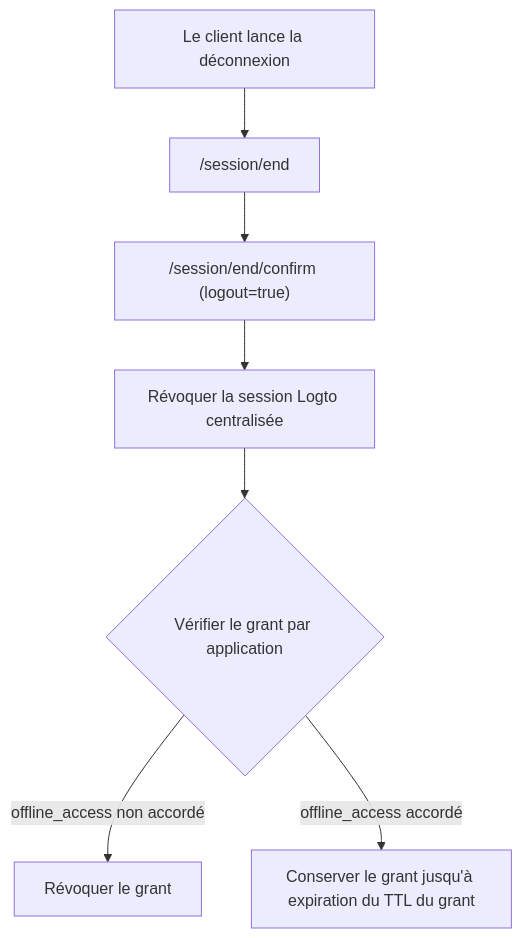
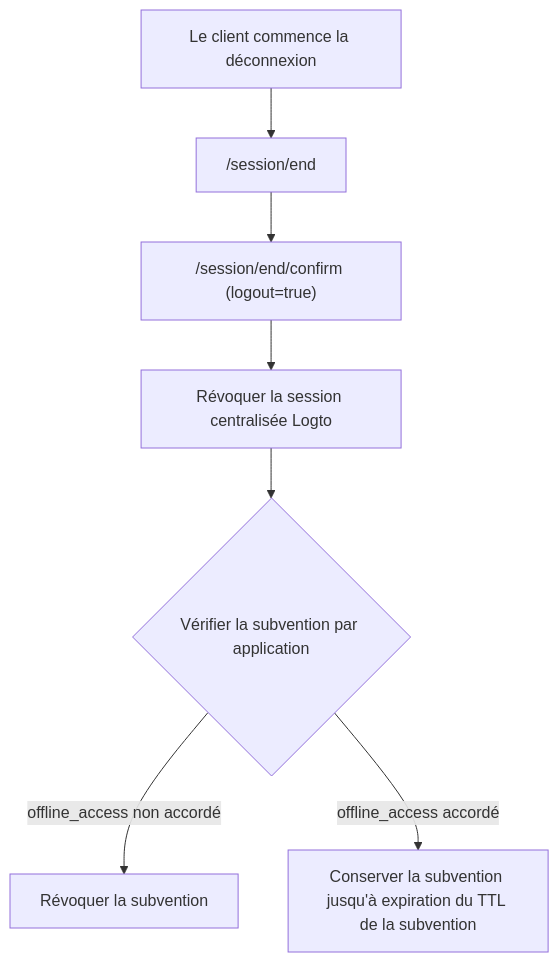
Before and after one commit to logto-io/docs: the diagram in i18n/fr/docusaurus-plugin-content-docs/current/end-user-flows/sign-out.mdx, drawn with Mermaid. The commit also changed other lines of this file and 102 other files, not shown here.

````diff
--- a/i18n/fr/docusaurus-plugin-content-docs/current/end-user-flows/sign-out.mdx
+++ b/i18n/fr/docusaurus-plugin-content-docs/current/end-user-flows/sign-out.mdx
@@ -179,9 +45,9 @@
 ```mermaid
 flowchart TD
-  A["Le client lance la déconnexion"] --> B["/session/end"]
+  A["Le client commence la déconnexion"] --> B["/session/end"]
   B --> C["/session/end/confirm (logout=true)"]
-  C --> D["Révoquer la session Logto centralisée"]
-  D --> E{"Vérifier le grant par application"}
-  E -->|"offline_access non accordé"| F["Révoquer le grant"]
-  E -->|"offline_access accordé"| G["Conserver le grant jusqu'à expiration du TTL du grant"]
+  C --> D["Révoquer la session centralisée Logto"]
+  D --> E{"Vérifier la subvention par application"}
+  E -->|"offline_access non accordé"| F["Révoquer la subvention"]
+  E -->|"offline_access accordé"| G["Conserver la subvention jusqu'à expiration du TTL de la subvention"]
 ```
````
